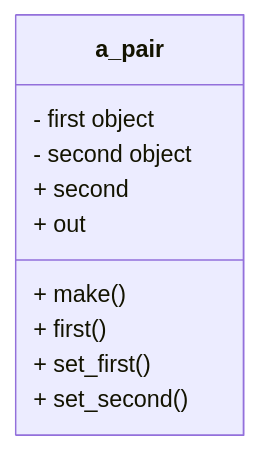
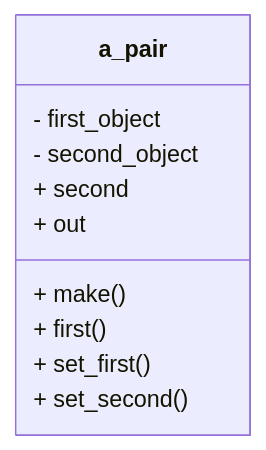
The diagram in docs/3_Pairs.md (elviejo79/literate_pro_for_beeminder), drawn with Mermaid before and after one commit. The commit also changed other lines of this file, not shown here.

````diff
--- a/docs/3_Pairs.md
+++ b/docs/3_Pairs.md
@@ -24,13 +24,13 @@
 ```mermaid
 classDiagram
 class a_pair{
-  - first object
-  - second object
+  - first_object
+  - second_object
   + make()
   + first()
   + set_first()
   + second
   + set_second()
   + out
 }
 ```
````
